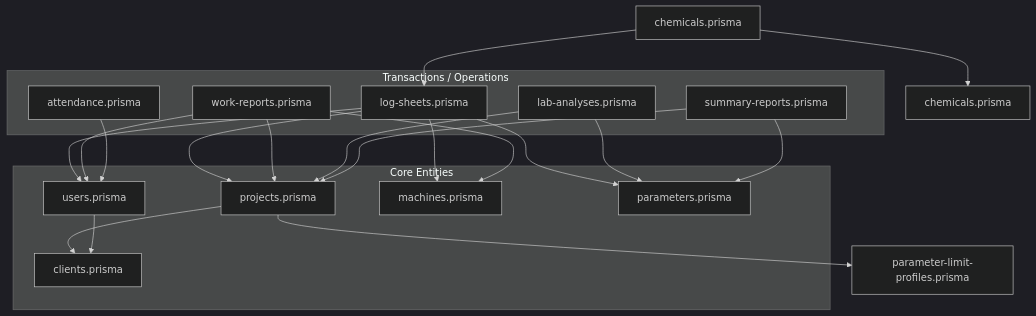
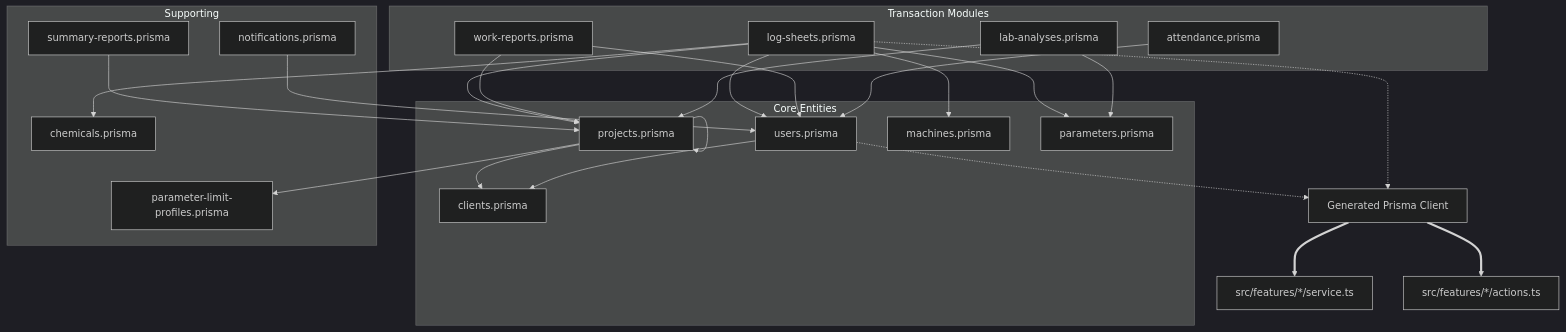
One commit to narasena/corintek_cpis changed the diagram in docs/refactoring/modules/m-01-database-schema/DEPENDENCY_MAP.md. Above: the diagram before and after it, drawn with Mermaid (dark theme). The commit also changed other lines of this file and 6 other files, not shown here.

Commit message:
docs(refactor): complete Phase 1-4 for M-01 Database Schema

````diff
--- a/docs/refactoring/modules/m-01-database-schema/DEPENDENCY_MAP.md
+++ b/docs/refactoring/modules/m-01-database-schema/DEPENDENCY_MAP.md
@@ -32,43 +32,53 @@
 ```mermaid
 graph TD
     subgraph "Core Entities"
-        Client[clients.prisma]
-        User[users.prisma]
-        Project[projects.prisma]
-        Machine[machines.prisma]
-        Parameter[parameters.prisma]
+        U[users.prisma]
+        C[clients.prisma]
+        P[projects.prisma]
+        M[machines.prisma]
+        PAR[parameters.prisma]
     end
 
-    subgraph "Transactions / Operations"
-        LogSheet[log-sheets.prisma]
-        WorkReport[work-reports.prisma]
-        LabAnalysis[lab-analyses.prisma]
-        Attendance[attendance.prisma]
-        SummaryReport[summary-reports.prisma]
+    subgraph "Transaction Modules"
+        LS[log-sheets.prisma]
+        WR[work-reports.prisma]
+        LA[lab-analyses.prisma]
+        ATT[attendance.prisma]
     end
 
-    Project --> Client
-    Project --> ParameterLimitProfile[parameter-limit-profiles.prisma]
+    subgraph "Supporting"
+        LIM[parameter-limit-profiles.prisma]
+        NOT[notifications.prisma]
+        REP[summary-reports.prisma]
+        CHM[chemicals.prisma]
+    end
+
+    %% Internal Schema Relations
+    LS --> P
+    LS --> U
+    LS --> M
+    LS --> PAR
+    LS --> CHM
     
-    LogSheet --> Project
-    LogSheet --> User
-    LogSheet --> Machine
-    LogSheet --> Parameter
+    WR --> P
+    WR --> U
     
-    WorkReport --> Project
-    WorkReport --> User
-    WorkReport --> Machine
+    LA --> P
+    LA --> PAR
     
-    LabAnalysis --> Project
-    LabAnalysis --> Parameter
+    P --> C
+    P --> LIM
+    P --> P
     
-    Attendance --> User
-    
-    SummaryReport --> Project
-    SummaryReport --> Parameter
-    
-    User --> Client
-    
-    ChemicalUsage[chemicals.prisma] --> LogSheet
-    ChemicalUsage --> Chemical[chemicals.prisma]
+    U --> C
+    NOT --> U
+    ATT --> U
+    REP --> P
+
+    %% External (Downstream)
+    CLIENT[Generated Prisma Client]
+    U -.-> CLIENT
+    LS -.-> CLIENT
+    CLIENT ==> SVC[src/features/*/service.ts]
+    CLIENT ==> ACT[src/features/*/actions.ts]
 ```
````
